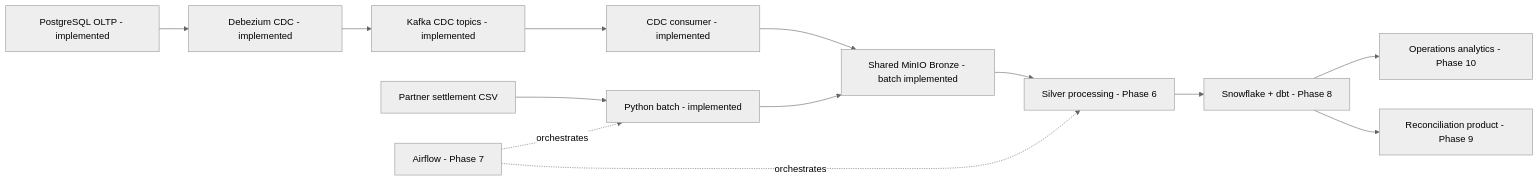
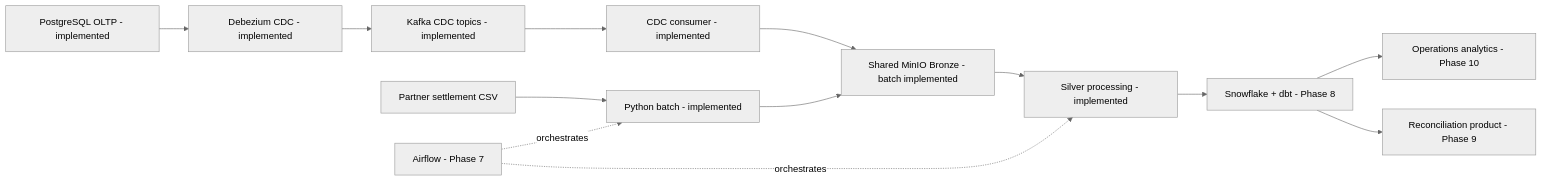
The second of 2 diagrams in docs/architecture/target-architecture.md (minzi03/fintech-payments-data-platform), drawn with Mermaid (neutral theme) before and after one commit. The commit also changed other lines of this file and 57 other files, not shown here.

Commit message:
feat: add Bronze-to-Silver processing foundation

````diff
--- a/docs/architecture/target-architecture.md
+++ b/docs/architecture/target-architecture.md
@@ -53,15 +53,15 @@
 ```mermaid
 flowchart LR
     PG["PostgreSQL OLTP - implemented"] --> CDC["Debezium CDC - implemented"]
     CDC --> KAFKA["Kafka CDC topics - implemented"]
     FILES["Partner settlement CSV"] --> BATCH["Python batch - implemented"]
     KAFKA --> CONSUMER["CDC consumer - implemented"]
     BATCH --> BRONZE["Shared MinIO Bronze - batch implemented"]
     CONSUMER --> BRONZE
-    BRONZE --> SILVER["Silver processing - Phase 6"]
+    BRONZE --> SILVER["Silver processing - implemented"]
     SILVER --> WH["Snowflake + dbt - Phase 8"]
     WH --> OPS["Operations analytics - Phase 10"]
     WH --> RECON["Reconciliation product - Phase 9"]
     AIRFLOW["Airflow - Phase 7"] -. orchestrates .-> BATCH
     AIRFLOW -. orchestrates .-> SILVER
 ```
````
